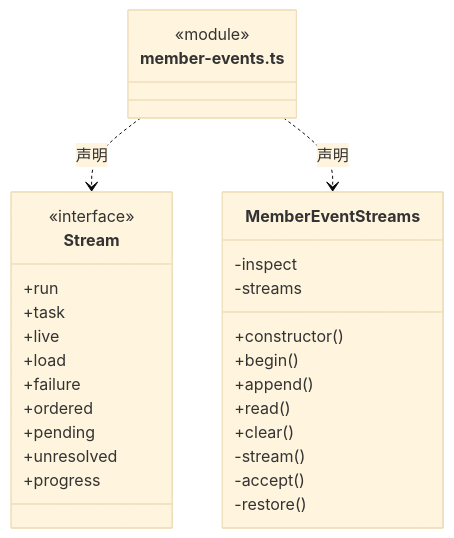
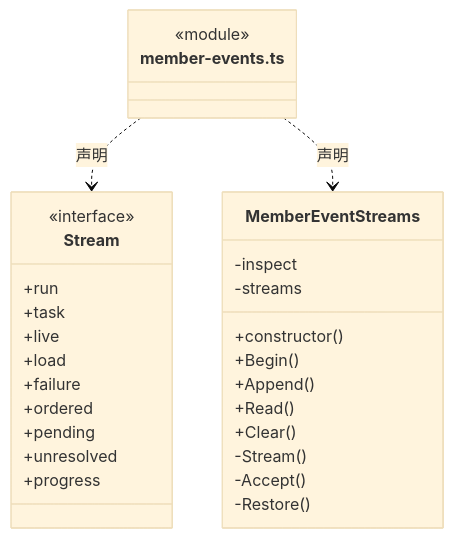
The fourth of 8 diagrams in src/logic/runtime/monitoring/ARCHITECTURE.md (nan023062/cbim), drawn with Mermaid (base theme) before and after one commit. The commit also changed other lines of this file and 1035 other files, not shown here.

````diff
--- a/src/logic/runtime/monitoring/ARCHITECTURE.md
+++ b/src/logic/runtime/monitoring/ARCHITECTURE.md
@@ -108,32 +108,32 @@
 ```mermaid
 classDiagram
 class N_src_logic_runtime_monitoring_member_events_ts["member-events.ts"] {
   <<module>>
 }
 class N_src_logic_runtime_monitoring_member_events_ts_Stream["Stream"] {
   <<interface>>
   +run
   +task
   +live
   +load
   +failure
   +ordered
   +pending
   +unresolved
   +progress
 }
 N_src_logic_runtime_monitoring_member_events_ts ..> N_src_logic_runtime_monitoring_member_events_ts_Stream : 声明
 class N_src_logic_runtime_monitoring_member_events_ts_MemberEventStreams["MemberEventStreams"] {
   +constructor()
-  +begin()
-  +append()
-  +read()
-  +clear()
+  +Begin()
+  +Append()
+  +Read()
+  +Clear()
   -inspect
   -streams
-  -stream()
-  -accept()
-  -restore()
+  -Stream()
+  -Accept()
+  -Restore()
 }
 N_src_logic_runtime_monitoring_member_events_ts ..> N_src_logic_runtime_monitoring_member_events_ts_MemberEventStreams : 声明
 ```
````
